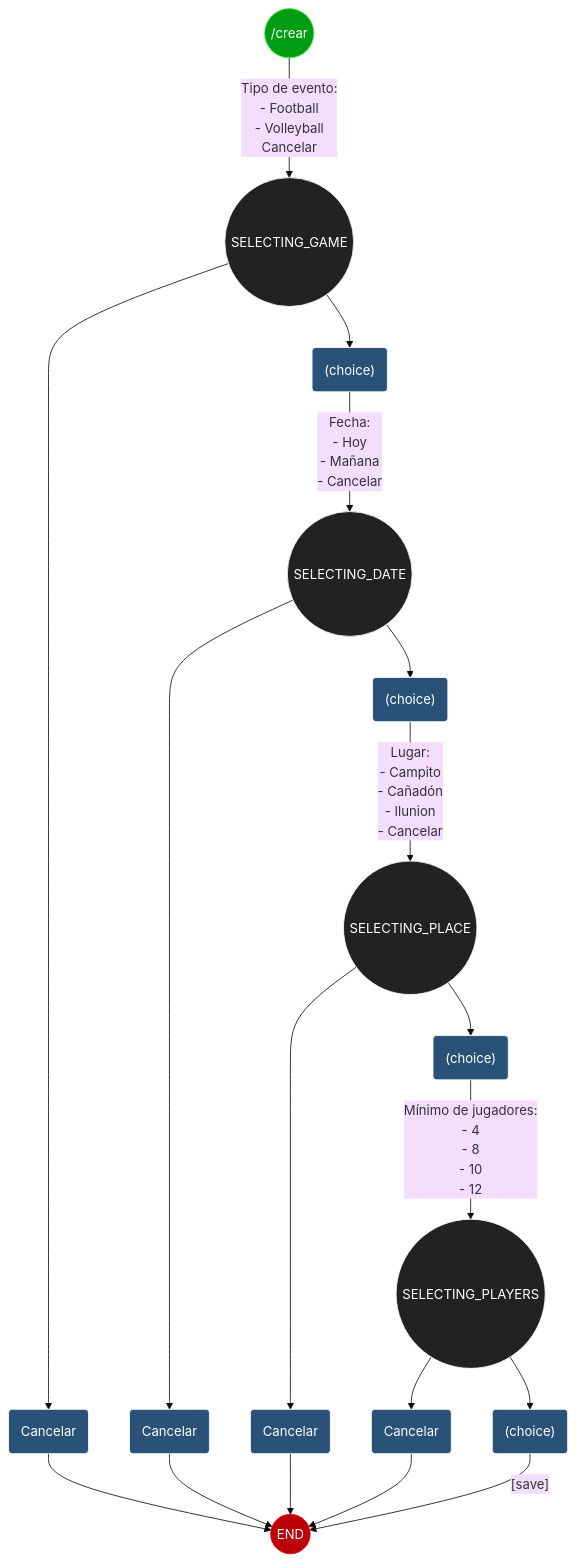
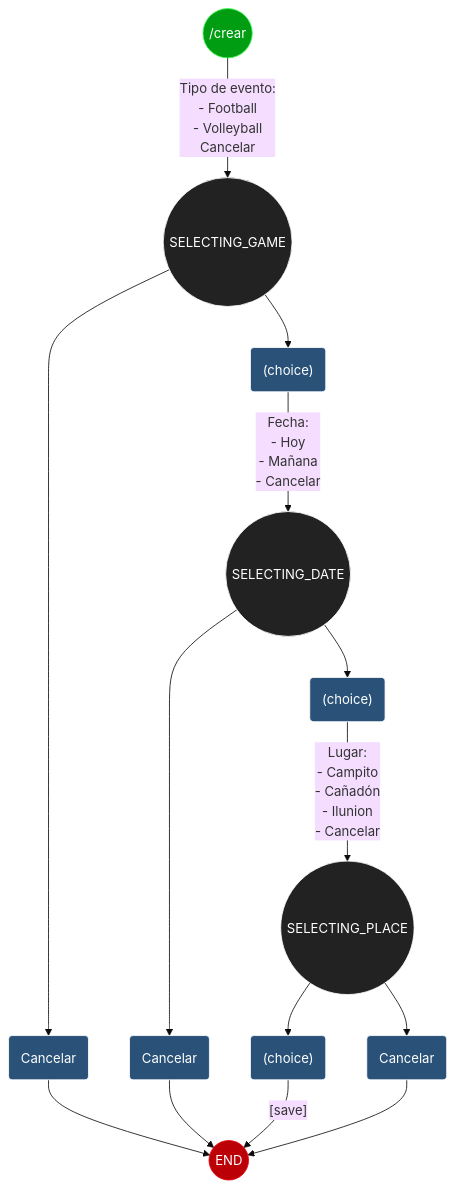
The diagram in diagrams/new_event.md (manumonti/SportEventsBot), drawn with Mermaid (base theme) before and after one commit. The commit also changed 1 other file, not shown here.

Commit message:
Remove min player selection from "new event" flow

````diff
--- a/diagrams/new_event.md
+++ b/diagrams/new_event.md
@@ -1,25 +1,21 @@
 ```mermaid
 flowchart TB
     %% Documentation: https://mermaid-js.github.io/mermaid/#/flowchart
     A(("/crear")):::entryPoint --> |Tipo de evento: <br /> - Football <br /> - Volleyball <br /> Cancelar| B(("SELECTING_GAME")):::state
     B --> C("(choice)"):::userInput
     B --> D("Cancelar"):::userInput
     D --> End(("END")):::termination
     C --> |Fecha: <br /> - Hoy <br /> - Mañana <br /> - Cancelar| E(("SELECTING_DATE")):::state
     E --> F("(choice)"):::userInput
     E --> G("Cancelar"):::userInput
     G --> End
     F --> |Lugar: <br /> - Campito <br /> - Cañadón <br /> - Ilunion <br /> - Cancelar| H(("SELECTING_PLACE")):::state
     H --> I("(choice)"):::userInput
     H --> J("Cancelar"):::userInput
+    I --> |"[save]"| End
     J --> End
-    I --> |Mínimo de jugadores: <br /> - 4 <br /> - 8 <br /> - 10 <br /> - 12| K(("SELECTING_PLAYERS")):::state
-    K --> L("(choice)"):::userInput
-    K --> M("Cancelar"):::userInput
-    M --> End
-    L --> |"[save]"| End
     classDef userInput fill:#2a5279, color:#ffffff, stroke:#ffffff
     classDef state fill:#222222, color:#ffffff, stroke:#ffffff
     classDef entryPoint fill:#009c11, stroke:#42FF57, color:#ffffff
     classDef termination fill:#bb0007, stroke:#E60109, color:#ffffff
 ```
````
